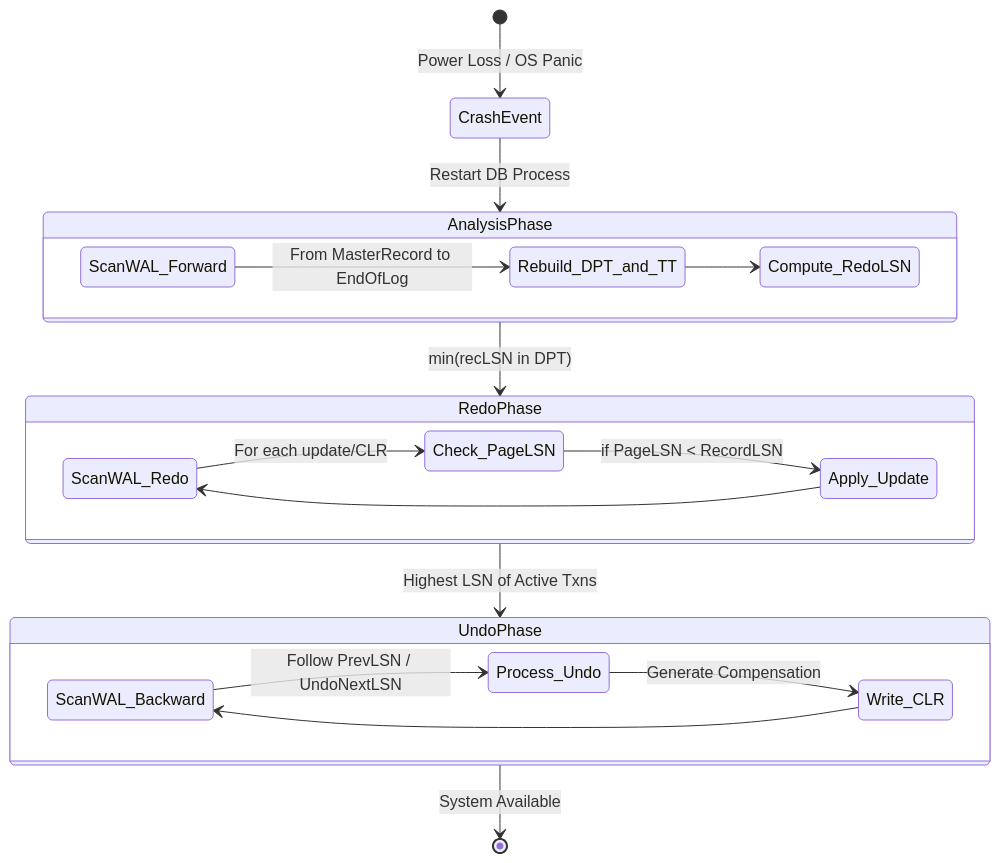
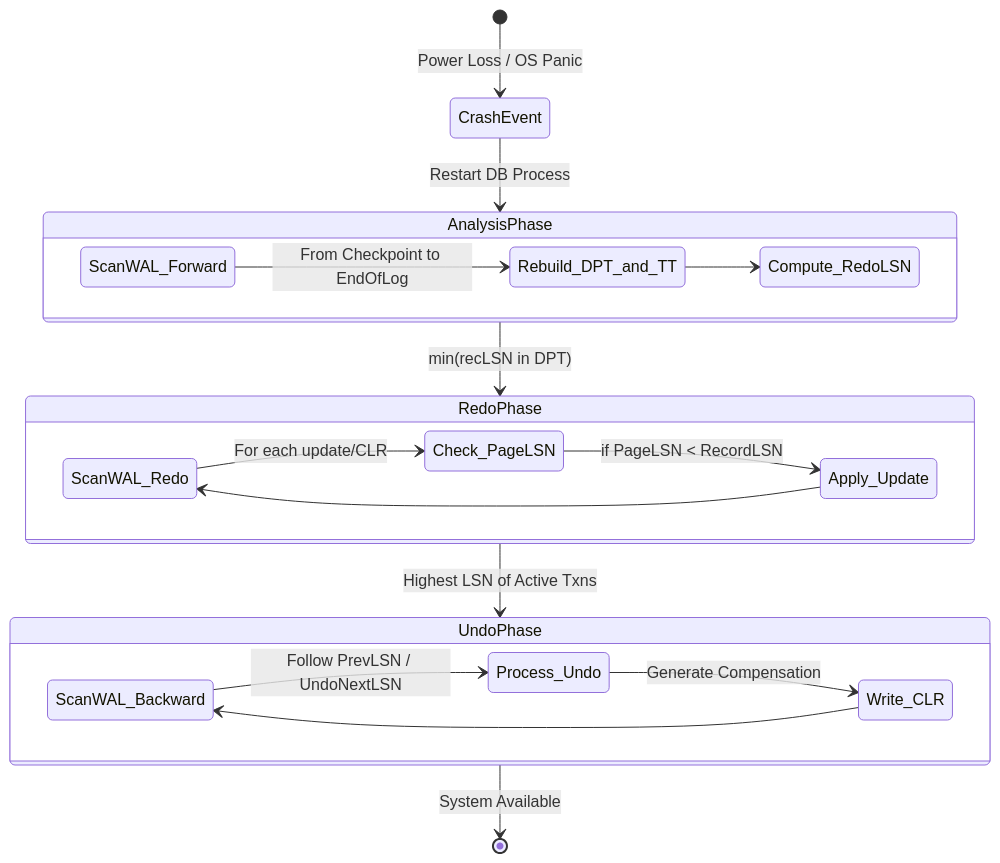
The second of 2 diagrams in blogs/part-1/03-wal-and-aries.md (caubebinhan/landingpage), drawn with Mermaid before and after one commit. The commit also changed other lines of this file and 6563 other files, not shown here.

````diff
--- a/blogs/part-1/03-wal-and-aries.md
+++ b/blogs/part-1/03-wal-and-aries.md
@@ -90,31 +180,31 @@
 ```mermaid
 stateDiagram-v2
     [*] --> CrashEvent: Power Loss / OS Panic
     CrashEvent --> AnalysisPhase: Restart DB Process
     
     state AnalysisPhase {
         direction LR
-        ScanWAL_Forward --> Rebuild_DPT_and_TT: From MasterRecord to EndOfLog
+        ScanWAL_Forward --> Rebuild_DPT_and_TT: From Checkpoint to EndOfLog
         Rebuild_DPT_and_TT --> Compute_RedoLSN
     }
     
     AnalysisPhase --> RedoPhase: min(recLSN in DPT)
     
     state RedoPhase {
         direction LR
         ScanWAL_Redo --> Check_PageLSN: For each update/CLR
         Check_PageLSN --> Apply_Update: if PageLSN < RecordLSN
         Apply_Update --> ScanWAL_Redo
     }
     
     RedoPhase --> UndoPhase: Highest LSN of Active Txns
     
     state UndoPhase {
         direction LR
         ScanWAL_Backward --> Process_Undo: Follow PrevLSN / UndoNextLSN
         Process_Undo --> Write_CLR: Generate Compensation
         Write_CLR --> ScanWAL_Backward
     }
     
     UndoPhase --> [*]: System Available
 ```
````
